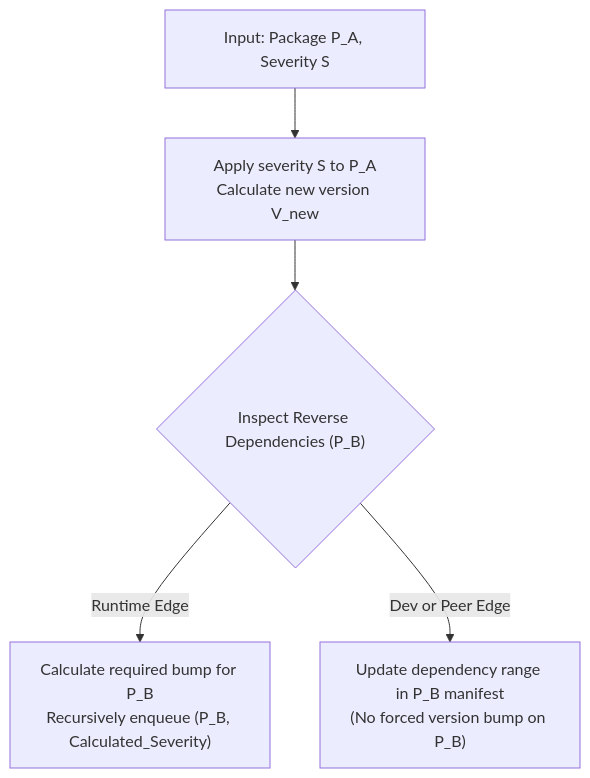
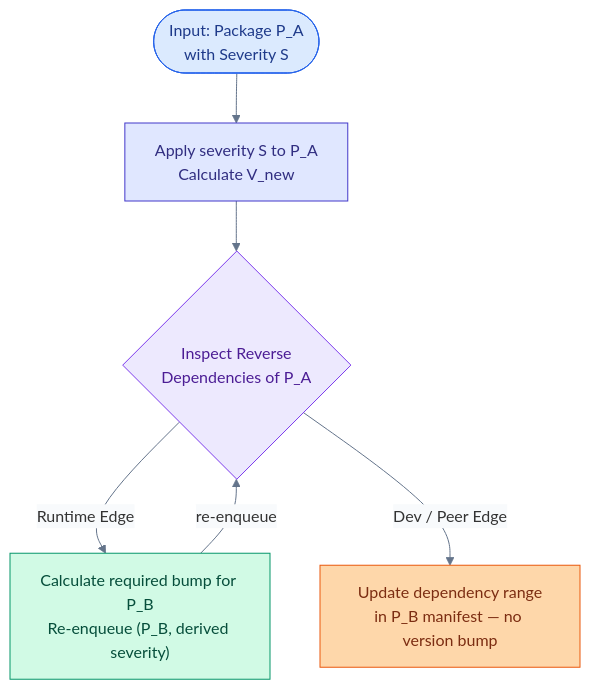
One commit to orin-dx/callisto changed the third of 4 diagrams in ARCHITECTURE.md. Above: the diagram before and after it, drawn with Mermaid. The commit also changed other lines of this file and 10 other files, not shown here.

````diff
--- a/ARCHITECTURE.md
+++ b/ARCHITECTURE.md
@@ -221,7 +223,21 @@
 ```mermaid
+%%{init: {'theme': 'base', 'themeVariables': {'lineColor': '#64748b', 'edgeLabelBackground': '#f8fafc', 'fontFamily': 'ui-sans-serif, system-ui, sans-serif'}}}%%
 flowchart TD
-    Start["Input: Package P_A, Severity S"] --> Step1["Apply severity S to P_A<br/>Calculate new version V_new"]
-    Step1 --> Step2{"Inspect Reverse Dependencies (P_B)"}
-    Step2 -- "Runtime Edge" --> Step3["Calculate required bump for P_B<br/>Recursively enqueue (P_B, Calculated_Severity)"]
-    Step2 -- "Dev or Peer Edge" --> Step4["Update dependency range in P_B manifest<br/>(No forced version bump on P_B)"]
+    Start(["Input: Package P_A<br/>with Severity S"])
+    Step1["Apply severity S to P_A<br/>Calculate V_new"]
+    Step2{"Inspect Reverse<br/>Dependencies of P_A"}
+    Step3["Calculate required bump for P_B<br/>Re-enqueue (P_B, derived severity)"]
+    Step4["Update dependency range<br/>in P_B manifest — no version bump"]
+
+    Start --> Step1
+    Step1 --> Step2
+    Step2 -- "Runtime Edge" --> Step3
+    Step2 -- "Dev / Peer Edge" --> Step4
+    Step3 -- "re-enqueue" --> Step2
+
+    style Start fill:#dbeafe,stroke:#2563eb,color:#1e3a8a
+    style Step1 fill:#e0e7ff,stroke:#4338ca,color:#312e81
+    style Step2 fill:#ede9fe,stroke:#7c3aed,color:#4c1d95
+    style Step3 fill:#d1fae5,stroke:#059669,color:#064e3b
+    style Step4 fill:#fed7aa,stroke:#ea580c,color:#7c2d12
 ```
````
